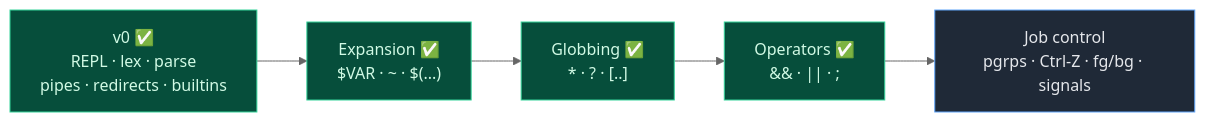
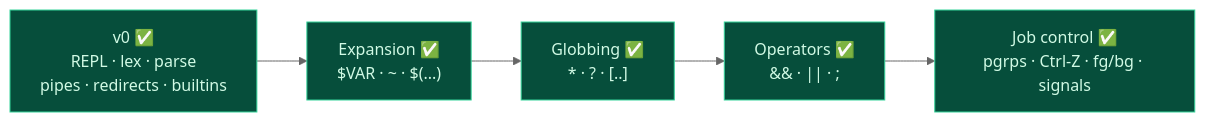
Before and after one commit to baileyrd/rush: the sixth of 6 diagrams in docs/ARCHITECTURE.md, drawn with Mermaid (neutral theme). The commit also changed other lines of this file and 9 other files, not shown here.

````diff
--- a/docs/ARCHITECTURE.md
+++ b/docs/ARCHITECTURE.md
@@ -377,18 +421,18 @@
 ```mermaid
 flowchart LR
     v0["v0 ✅<br/>REPL · lex · parse<br/>pipes · redirects · builtins"]
     e1["Expansion ✅<br/>$VAR · ~ · $(...)"]
     e2["Globbing ✅<br/>* · ? · [..]"]
     e3["Operators ✅<br/>&amp;&amp; · || · ;"]
-    e4["Job control<br/>pgrps · Ctrl-Z · fg/bg · signals"]
+    e4["Job control ✅<br/>pgrps · Ctrl-Z · fg/bg · signals"]
 
     v0 --> e1 --> e2 --> e3 --> e4
 
     classDef done fill:#064e3b,stroke:#34d399,color:#d1fae5;
     classDef todo fill:#1f2937,stroke:#60a5fa,color:#e5e7eb;
     class v0 done;
     class e1 done;
     class e2 done;
     class e3 done;
-    class e4 todo;
+    class e4 done;
 ```
````
